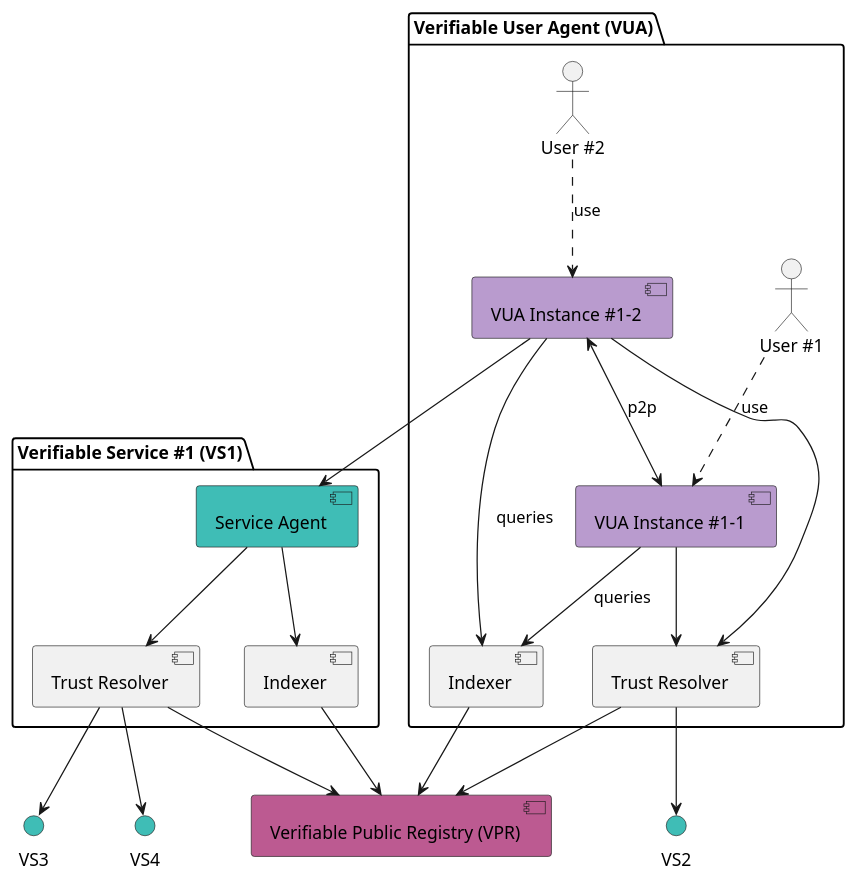
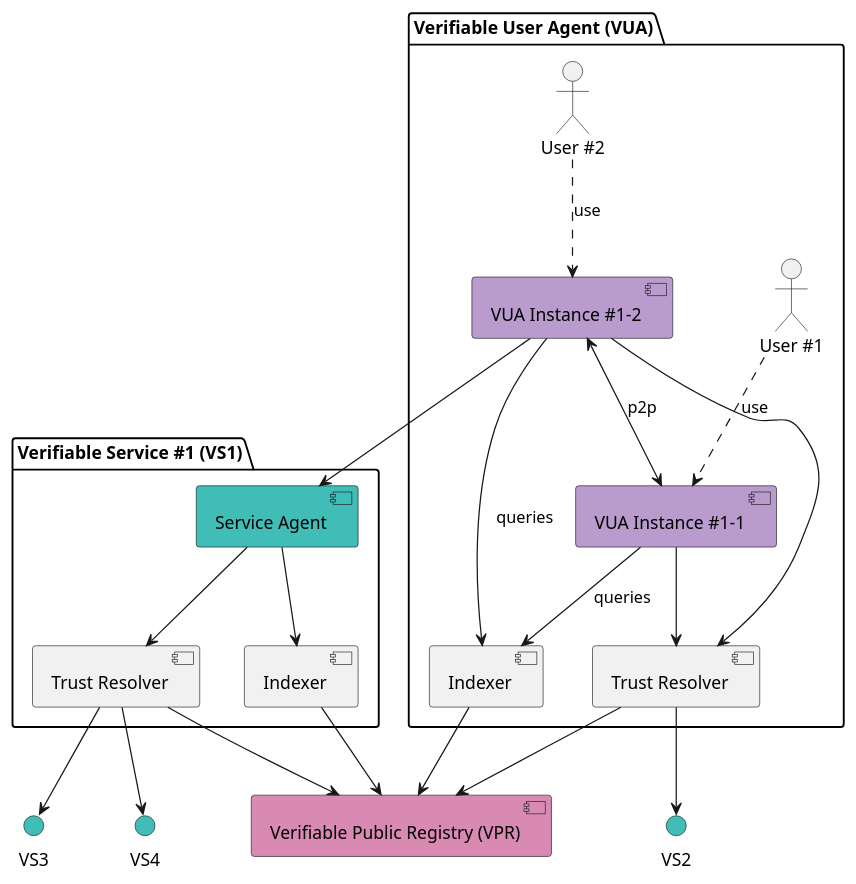
One commit to verana-labs/verana-docs changed the fourth of 5 diagrams in docs/learn/verifiable-trust/10-components.md. Above: the diagram before and after it, drawn with PlantUML. The commit also changed other lines of this file and 5 other files, not shown here.

````diff
--- a/docs/learn/verifiable-trust/10-components.md
+++ b/docs/learn/verifiable-trust/10-components.md
@@ -97,56 +97,56 @@
 ```plantuml
 @startuml
 
-[Verifiable Public Registry (VPR)] as VPR #BC5A91
+[Verifiable Public Registry (VPR)] as VPR #D88AB3
 
 
 package "Verifiable Service #1 (VS1)" as VS1  {
   [Service Agent] as VS1sa #3fbdb6
     [Trust Resolver] as VS1tr
     [Indexer] as VS1idx
     VS1sa --> VS1tr
     VS1sa --> VS1idx
 }
 
 interface VS2 #3fbdb6
 interface VS3 #3fbdb6
 interface VS4 #3fbdb6
 
 
 package "Verifiable User Agent (VUA)" as App1 {
     actor "User #1" as user1
 actor "User #2" as user2
   [VUA Instance #1-1] as VUA11 #b99bce
   [VUA Instance #1-2] as VUA12 #b99bce
     [Trust Resolver] as VUAtr
     [Indexer] as VUAidx
 
 }
 
 VUAtr --> VS2
 
 VUAtr --> VPR
 VUAidx --> VPR
 
 VS1tr --> VPR
 VS1tr --> VS3
 VS1tr --> VS4
 
 VS1idx --> VPR
 
 
 VUA12 --> VUAtr
 VUA11 --> VUAtr
 VUA12 --> VUAidx : queries
 VUA11 --> VUAidx : queries
 
 VUA12 <--> VUA11 : p2p
 
 user1 ..> VUA11 : use
 user2 ..> VUA12 : use
 
 VUA12 -->  VS1sa
 
 @enduml
 
 ```
````
